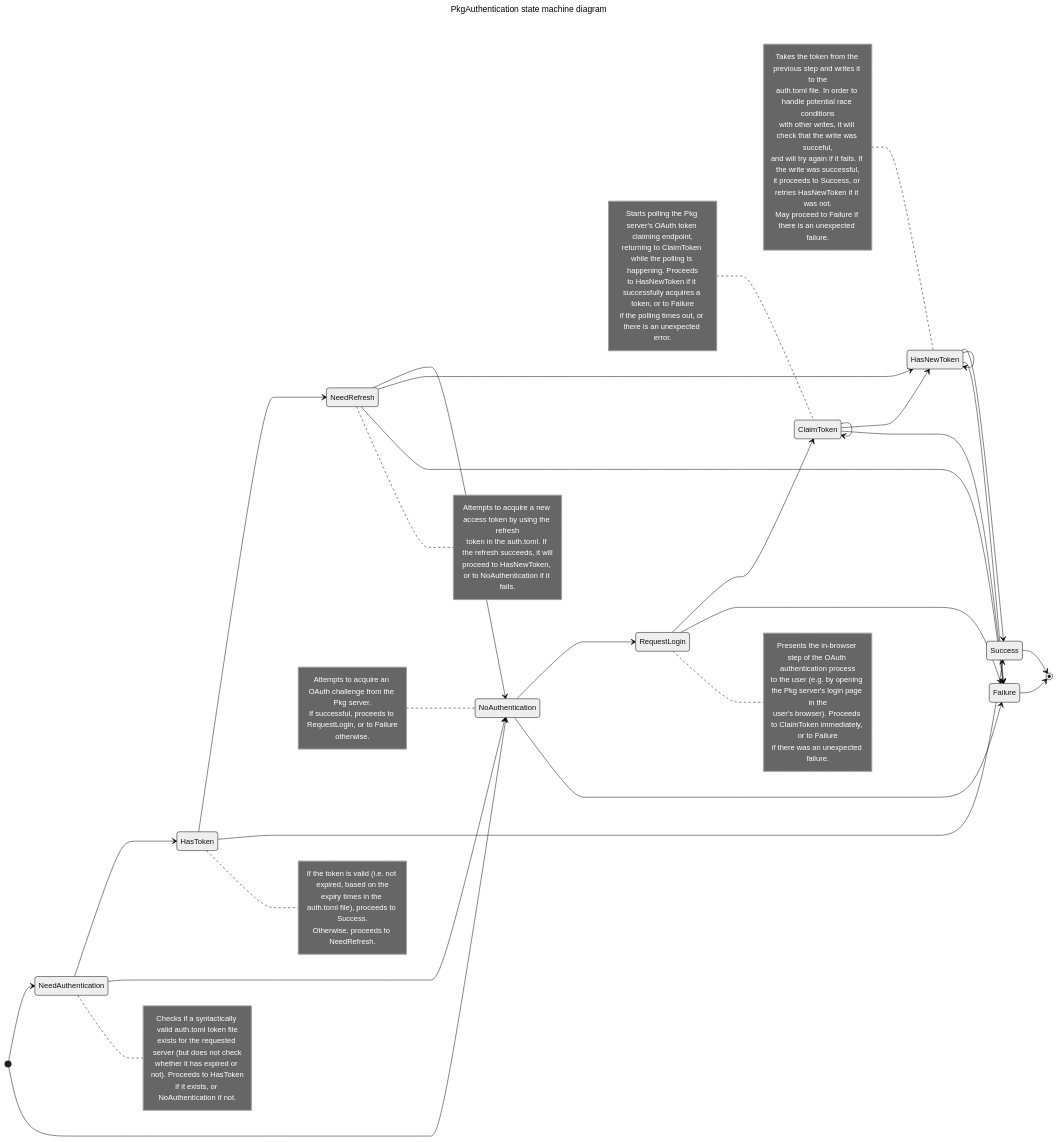
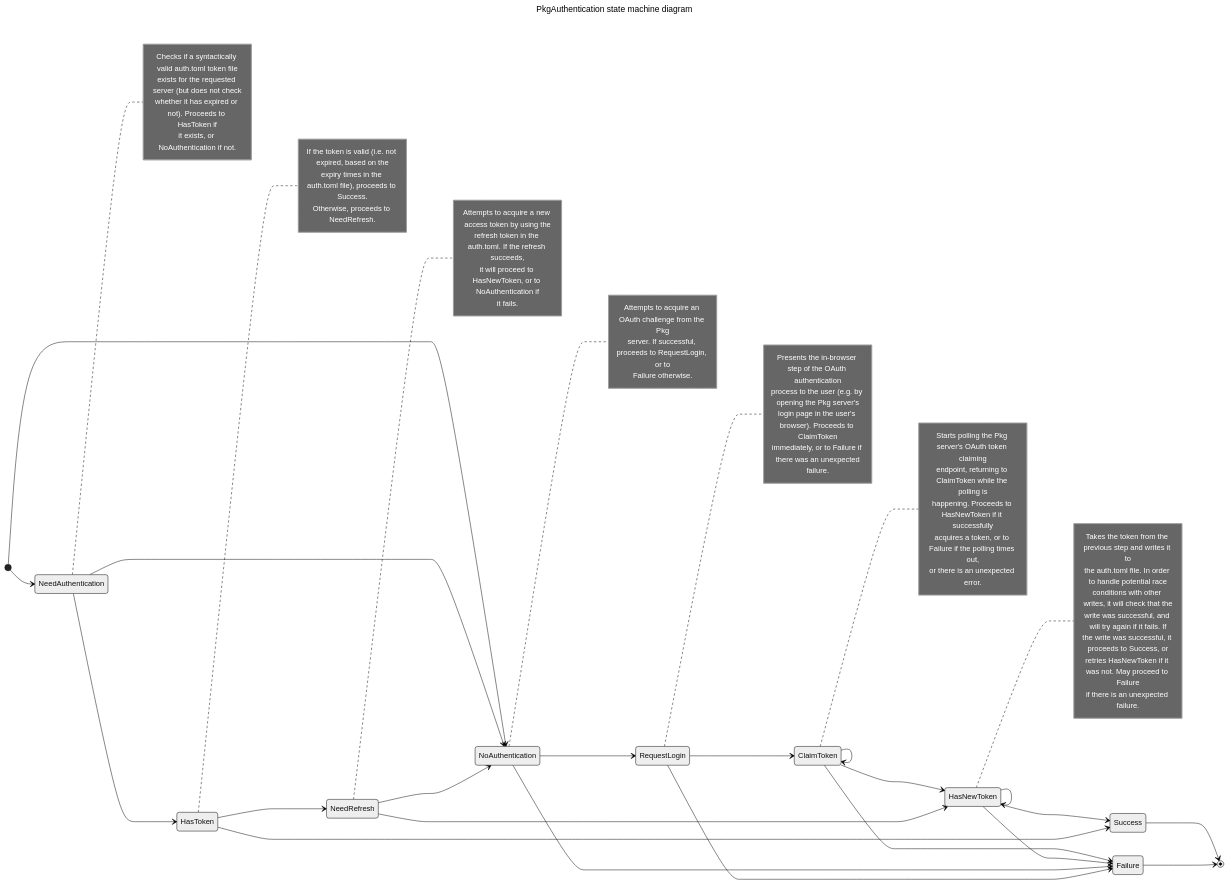
One commit to JuliaComputing/PkgAuthentication.jl changed the diagram in docs/internals.md. Above: the diagram before and after it, drawn with Mermaid (neutral theme). The commit also changed other lines of this file and 4 other files, not shown here.

Commit message:
update diagram generation script

```diff
--- a/docs/internals.md
+++ b/docs/internals.md
@@ -13,13 +13,29 @@
     [*] --> NeedAuthentication
     [*] --> NoAuthentication
 
-    NeedAuthentication --> HasToken
-    NeedAuthentication --> NoAuthentication
-    note right of NeedAuthentication
-        Checks if a syntactically valid auth.toml token file
-        exists for the requested server (but does not check
-        whether it has expired or not). Proceeds to HasToken
-        if it exists, or NoAuthentication if not.
+    ClaimToken --> ClaimToken
+    ClaimToken --> HasNewToken
+    ClaimToken --> Failure
+    note right of ClaimToken
+        Starts polling the Pkg server's OAuth token claiming
+        endpoint, returning to ClaimToken while the polling is
+        happening. Proceeds to HasNewToken if it successfully
+        acquires a token, or to Failure if the polling times out,
+        or there is an unexpected error.
+    end note
+
+
+    HasNewToken --> HasNewToken
+    HasNewToken --> Success
+    HasNewToken --> Failure
+    note right of HasNewToken
+        Takes the token from the previous step and writes it to
+        the auth.toml file. In order to handle potential race
+        conditions with other writes, it will check that the
+        write was successful, and will try again if it fails. If
+        the write was successful, it proceeds to Success, or
+        retries HasNewToken if it was not. May proceed to Failure
+        if there is an unexpected failure.
     end note
 
     HasToken --> NeedRefresh
@@ -30,52 +46,40 @@
         Otherwise, proceeds to NeedRefresh.
     end note
 
+    NeedAuthentication --> HasToken
+    NeedAuthentication --> NoAuthentication
+    note right of NeedAuthentication
+        Checks if a syntactically valid auth.toml token file
+        exists for the requested server (but does not check
+        whether it has expired or not). Proceeds to HasToken if
+        it exists, or NoAuthentication if not.
+    end note
+
+    NeedRefresh --> HasNewToken
     NeedRefresh --> NoAuthentication
-    NeedRefresh --> HasNewToken
-    NeedRefresh --> Failure
     note right of NeedRefresh
-        Attempts to acquire a new access token by using the refresh
-        token in the auth.toml. If the refresh succeeds, it will
-        proceed to HasNewToken, or to NoAuthentication if it fails.
+        Attempts to acquire a new access token by using the
+        refresh token in the auth.toml. If the refresh succeeds,
+        it will proceed to HasNewToken, or to NoAuthentication if
+        it fails.
     end note
 
     NoAuthentication --> RequestLogin
     NoAuthentication --> Failure
-    note left of NoAuthentication
-        Attempts to acquire an OAuth challenge from the Pkg server.
-        If successful, proceeds to RequestLogin, or to Failure
-        otherwise.
-    end note
-
-    HasNewToken --> HasNewToken
-    HasNewToken --> Success
-    HasNewToken --> Failure
-    note left of HasNewToken
-        Takes the token from the previous step and writes it to the
-        auth.toml file. In order to handle potential race conditions
-        with other writes, it will check that the write was succeful,
-        and will try again if it fails. If the write was successful,
-        it proceeds to Success, or retries HasNewToken if it was not.
-        May proceed to Failure if there is an unexpected failure.
+    note right of NoAuthentication
+        Attempts to acquire an OAuth challenge from the Pkg
+        server. If successful, proceeds to RequestLogin, or to
+        Failure otherwise.
     end note
 
     RequestLogin --> ClaimToken
     RequestLogin --> Failure
     note right of RequestLogin
-        Presents the in-browser step of the OAuth authentication process
-        to the user (e.g. by opening the Pkg server's login page in the
-        user's browser). Proceeds to ClaimToken immediately, or to Failure
-        if there was an unexpected failure.
-    end note
-
-    ClaimToken --> ClaimToken
-    ClaimToken --> HasNewToken
-    ClaimToken --> Failure
-    note left of ClaimToken
-        Starts polling the Pkg server's OAuth token claiming endpoint,
-        returning to ClaimToken while the polling is happening. Proceeds
-        to HasNewToken if it successfully acquires a token, or to Failure
-        if the polling times out, or there is an unexpected error.
+        Presents the in-browser step of the OAuth authentication
+        process to the user (e.g. by opening the Pkg server's
+        login page in the user's browser). Proceeds to ClaimToken
+        immediately, or to Failure if there was an unexpected
+        failure.
     end note
 
     Success --> [*]
```
